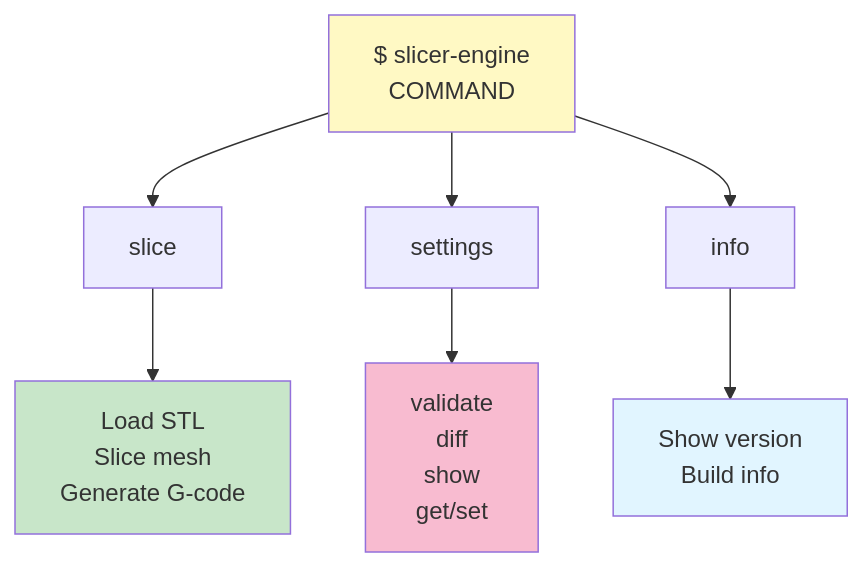
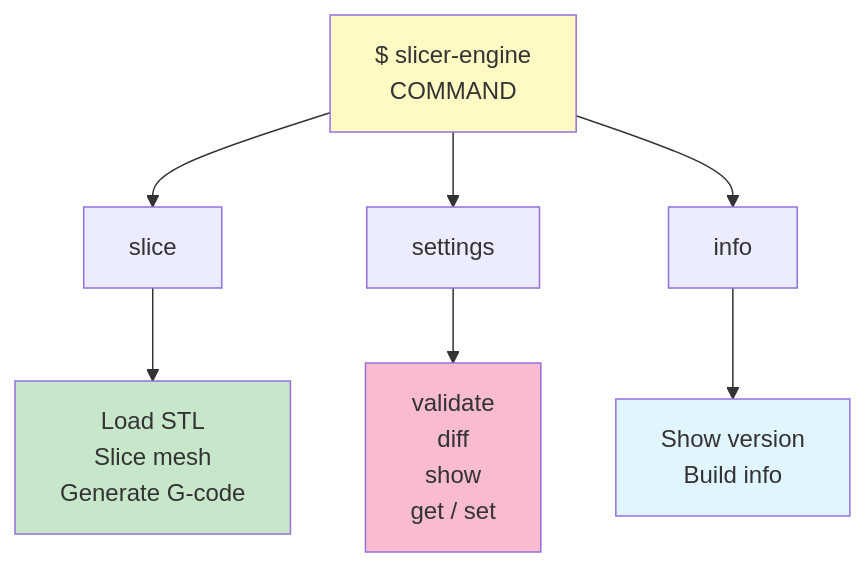
Before and after one commit to max-scopp/slicer-engine: the diagram in src/cli/README.md, drawn with Mermaid. The commit also changed other lines of this file and 2 other files, not shown here.

First line of the commit message:
docs: update settings README with priority/slicer.json/dotted-paths, update root and CLI READMEs with settings examples

````diff
--- a/src/cli/README.md
+++ b/src/cli/README.md
@@ -7,19 +7,19 @@
 ```mermaid
 graph TB
     CLI["$ slicer-engine<br/>COMMAND"]
     
     CLI --> SLICE["slice"]
     CLI --> SETTINGS["settings"]
     CLI --> INFO["info"]
     
     SLICE --> SU["Load STL<br/>Slice mesh<br/>Generate G-code"]
     
-    SETTINGS --> SV["validate<br/>diff<br/>show<br/>get/set"]
+    SETTINGS --> SV["validate<br/>diff<br/>show<br/>get / set"]
     
     INFO --> IV["Show version<br/>Build info"]
     
     style CLI fill:#fff9c4
     style SU fill:#c8e6c9
     style SV fill:#f8bbd0
     style IV fill:#e1f5ff
 ```
````
